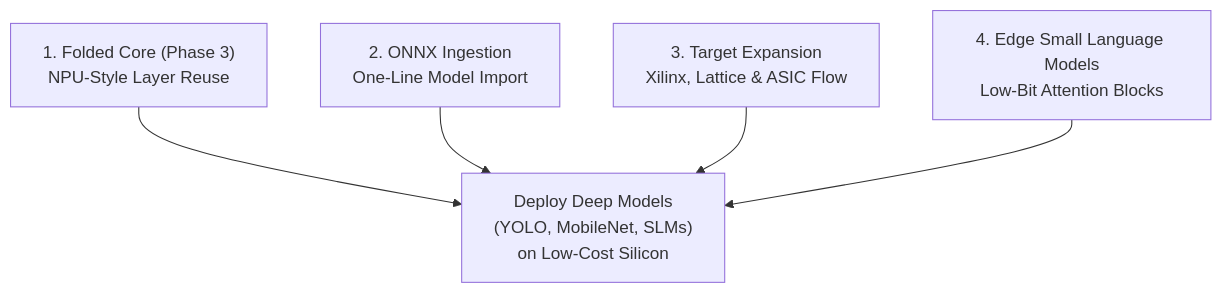
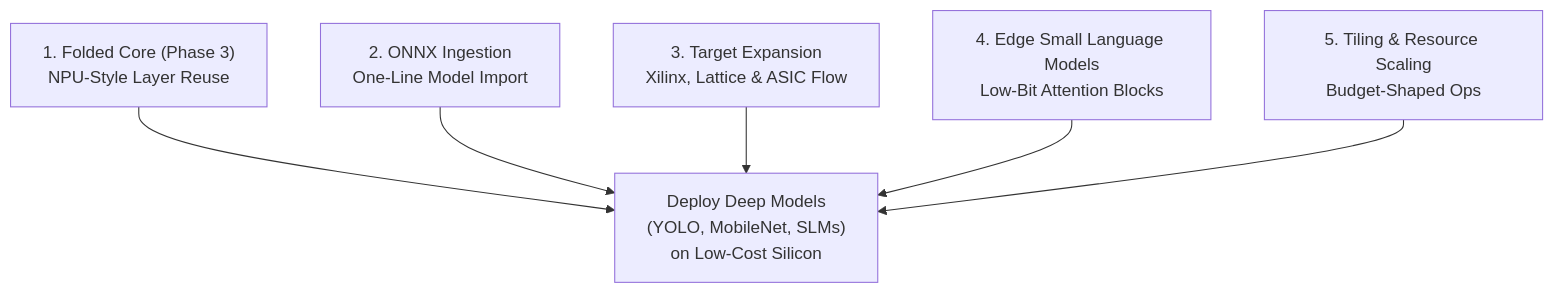
The diagram in docs/roadmap.md (Juste-Leo2/spinalML), drawn with Mermaid before and after one commit. The commit also changed other lines of this file and 30 other files, not shown here.

````diff
--- a/docs/roadmap.md
+++ b/docs/roadmap.md
@@ -25,7 +25,8 @@
 ```mermaid
 flowchart TD
     P1["1. Folded Core (Phase 3)\nNPU-Style Layer Reuse"] --> OUT["Deploy Deep Models\n(YOLO, MobileNet, SLMs)\non Low-Cost Silicon"]
     P2["2. ONNX Ingestion\nOne-Line Model Import"] --> OUT
     P3["3. Target Expansion\nXilinx, Lattice & ASIC Flow"] --> OUT
     P4["4. Edge Small Language Models\nLow-Bit Attention Blocks"] --> OUT
+    P5["5. Tiling & Resource Scaling\nBudget-Shaped Ops"] --> OUT
 ```
````
